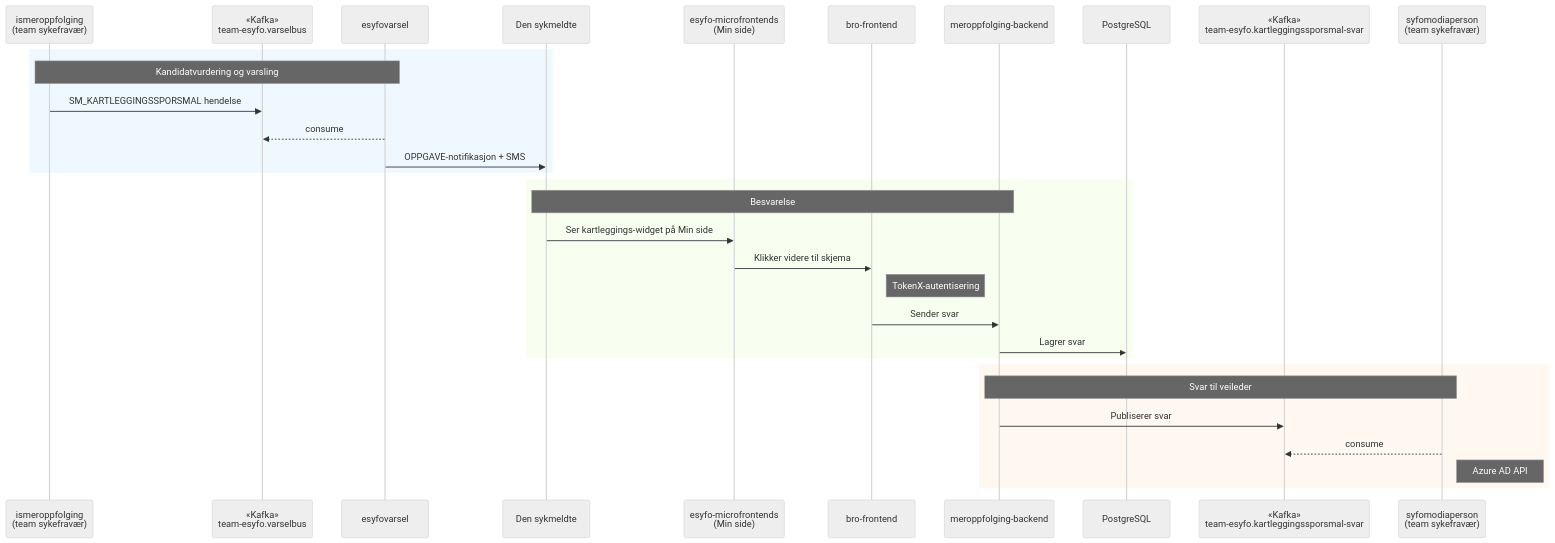
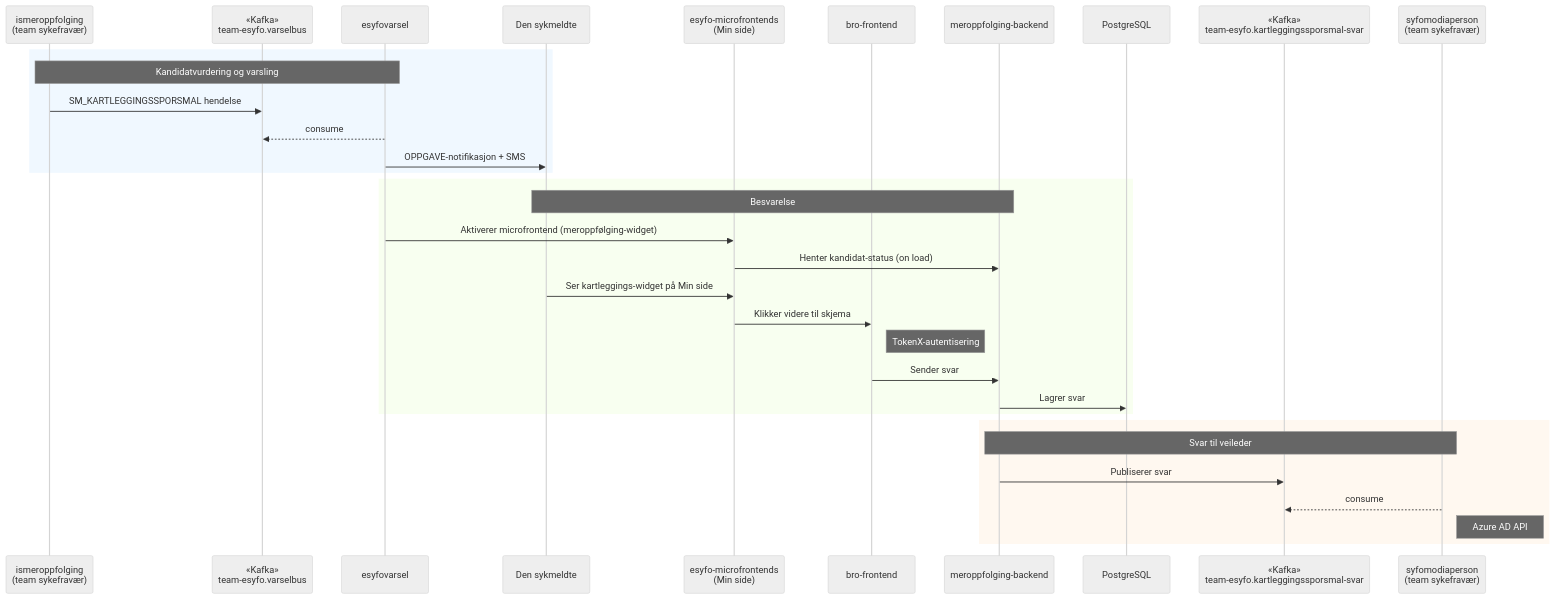
One commit to navikt/team-esyfo changed the diagram in docs/omrader/kartleggingssporsmal/teknisk.md. Above: the diagram before and after it, drawn with Mermaid (neutral theme). The commit also changed other lines of this file and 1 other file, not shown here.

Commit message:
docs(kartlegging): vis aktivering av microfrontend i dataflyt

````diff
--- a/docs/omrader/kartleggingssporsmal/teknisk.md
+++ b/docs/omrader/kartleggingssporsmal/teknisk.md
@@ -7,39 +7,41 @@
 ```mermaid
 sequenceDiagram
     participant ismo as ismeroppfolging<br/>(team sykefravær)
     participant varselbus as «Kafka»<br/>team-esyfo.varselbus
     participant esyfovarsel as esyfovarsel
     participant bruker as Den sykmeldte
     participant micro as esyfo-microfrontends<br/>(Min side)
     participant bro as bro-frontend
     participant backend as meroppfolging-backend
     participant db as PostgreSQL
     participant svartopic as «Kafka»<br/>team-esyfo.kartleggingssporsmal-svar
     participant modia as syfomodiaperson<br/>(team sykefravær)
 
     rect rgb(240, 248, 255)
     Note over ismo,esyfovarsel: Kandidatvurdering og varsling
 
     ismo->>varselbus: SM_KARTLEGGINGSSPORSMAL hendelse
     esyfovarsel-->>varselbus: consume
     esyfovarsel->>bruker: OPPGAVE-notifikasjon + SMS
     end
 
     rect rgb(248, 255, 240)
     Note over bruker,backend: Besvarelse
 
+    esyfovarsel->>micro: Aktiverer microfrontend (meroppfølging-widget)
+    micro->>backend: Henter kandidat-status (on load)
     bruker->>micro: Ser kartleggings-widget på Min side
     micro->>bro: Klikker videre til skjema
     Note right of bro: TokenX-autentisering
     bro->>backend: Sender svar
     backend->>db: Lagrer svar
     end
 
     rect rgb(255, 248, 240)
     Note over backend,modia: Svar til veileder
 
     backend->>svartopic: Publiserer svar
     modia-->>svartopic: consume
     Note right of modia: Azure AD API
     end
 ```
````
